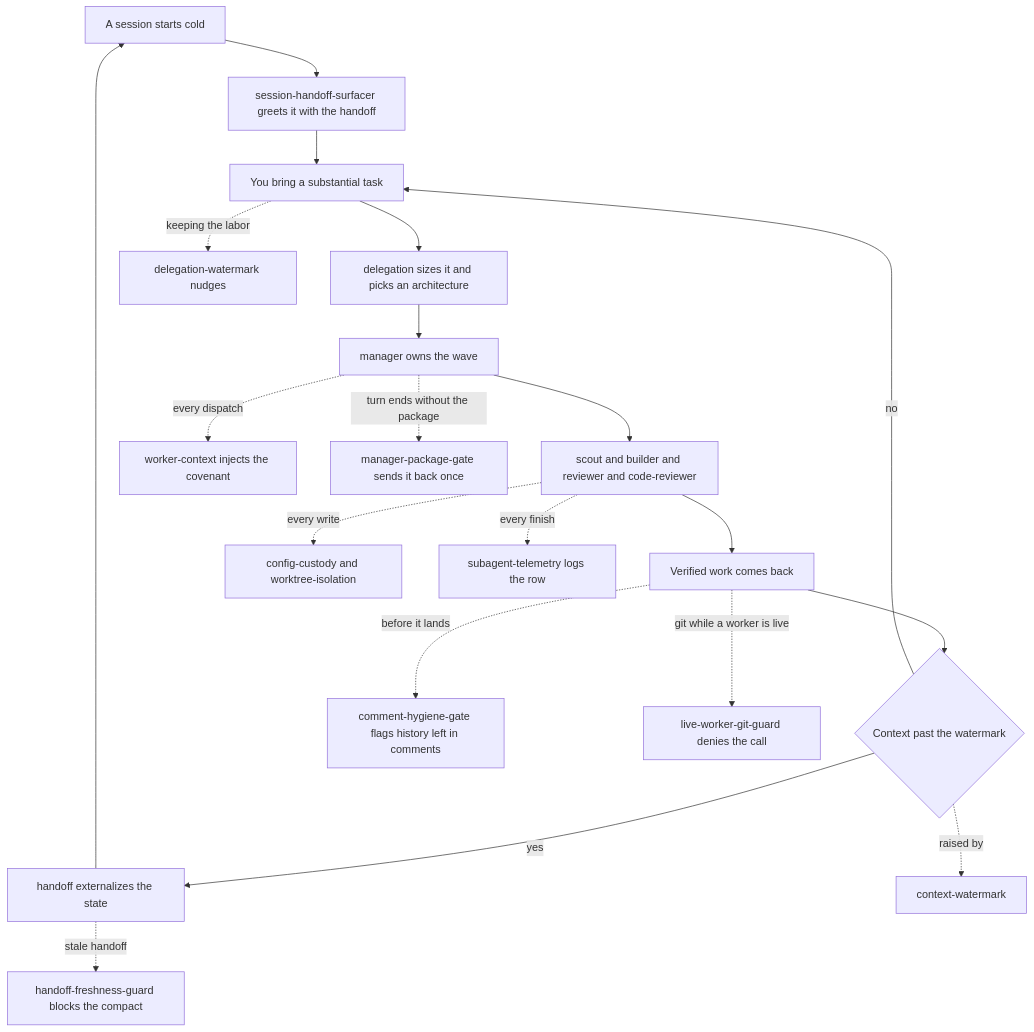
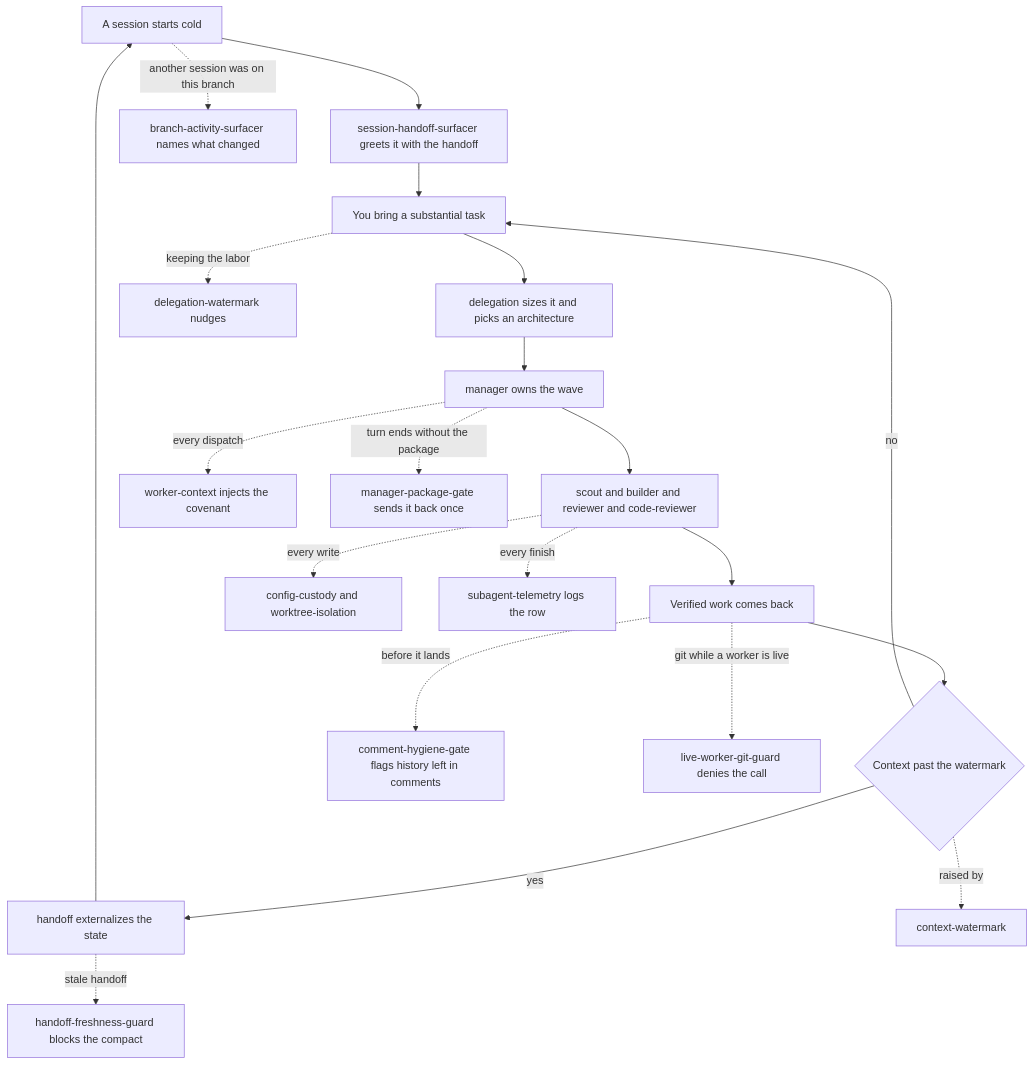
One commit to hsb3/dotfiles-agents changed the diagram in plugins/atelier/README.md. Above: the diagram before and after it, drawn with Mermaid. The commit also changed other lines of this file and 7 other files, not shown here.

First line of the commit message:
feat(atelier): branch-activity-surfacer — warn when another session moved this branch

````diff
--- a/plugins/atelier/README.md
+++ b/plugins/atelier/README.md
@@ -16,23 +16,24 @@
 ```mermaid
 flowchart TD
     Cold[A session starts cold] --> Surf[session-handoff-surfacer greets it with the handoff]
     Surf --> Work[You bring a substantial task]
     Work --> Del[delegation sizes it and picks an architecture]
     Del --> Mgr[manager owns the wave]
     Mgr --> Workers[scout and builder and reviewer and code-reviewer]
     Workers --> Done[Verified work comes back]
     Done --> Ctx{Context past the watermark}
     Ctx -->|no| Work
     Ctx -->|yes| Hand[handoff externalizes the state]
     Hand --> Cold
 
     Done -.->|before it lands| CH[comment-hygiene-gate flags history left in comments]
     Work -.->|keeping the labor| DW[delegation-watermark nudges]
     Mgr -.->|every dispatch| WC[worker-context injects the covenant]
     Workers -.->|every write| CC[config-custody and worktree-isolation]
     Workers -.->|every finish| Tel[subagent-telemetry logs the row]
     Mgr -.->|turn ends without the package| PG[manager-package-gate sends it back once]
     Done -.->|git while a worker is live| GG[live-worker-git-guard denies the call]
+    Cold -.->|another session was on this branch| BA[branch-activity-surfacer names what changed]
     Ctx -.->|raised by| CW[context-watermark]
     Hand -.->|stale handoff| FG[handoff-freshness-guard blocks the compact]
 ```
````
